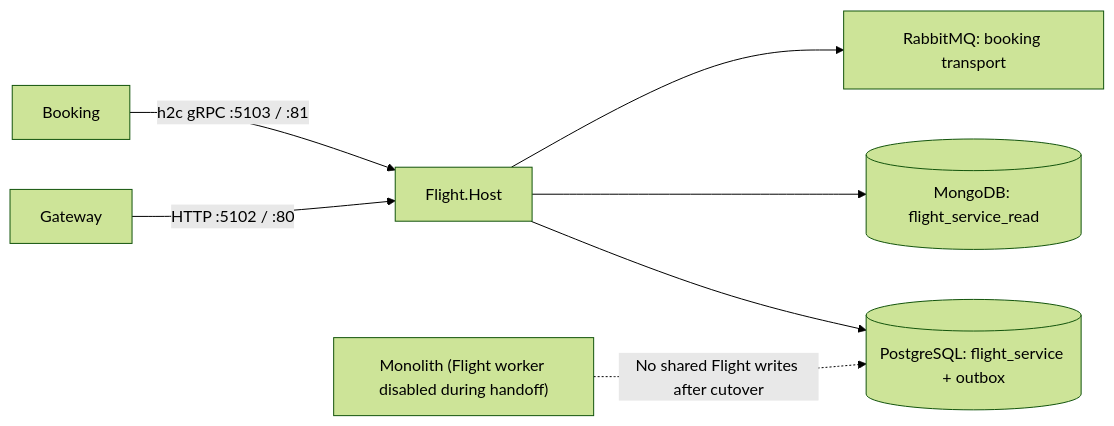
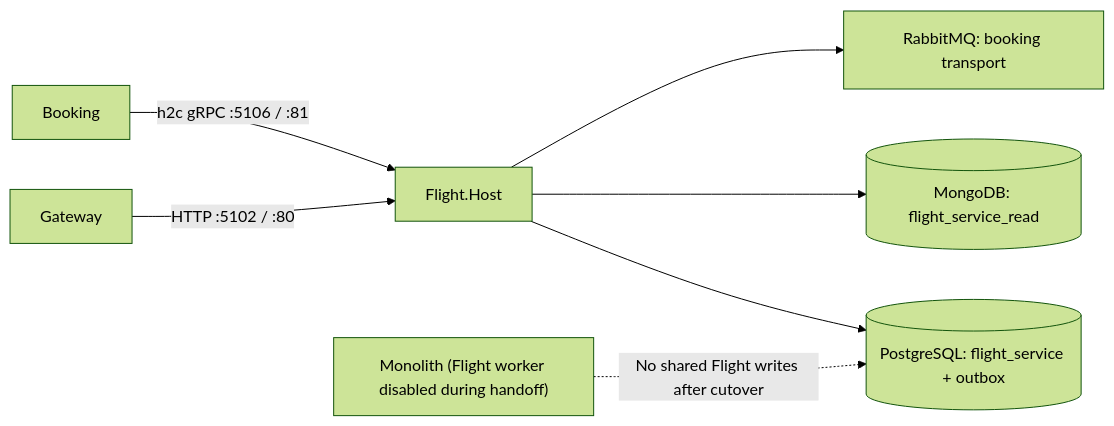
Before and after one commit to COG-GTM/booking-modular-monolith: the diagram in docs/adr/0502-standalone-flight-service-host.md, drawn with Mermaid (forest theme). The commit also changed other lines of this file and 5 other files, not shown here.

````diff
--- a/docs/adr/0502-standalone-flight-service-host.md
+++ b/docs/adr/0502-standalone-flight-service-host.md
@@ -26,9 +26,9 @@
 ```mermaid
 flowchart LR
     GW["Gateway"] -->|"HTTP :5102 / :80"| FH["Flight.Host"]
-    BK["Booking"] -->|"h2c gRPC :5103 / :81"| FH
+    BK["Booking"] -->|"h2c gRPC :5106 / :81"| FH
     FH --> FDB[("PostgreSQL: flight_service + outbox")]
     FH --> MDB[("MongoDB: flight_service_read")]
     FH --> RMQ["RabbitMQ: booking transport"]
     MONO["Monolith (Flight worker disabled during handoff)"] -.->|"No shared Flight writes after cutover"| FDB
 ```
````
